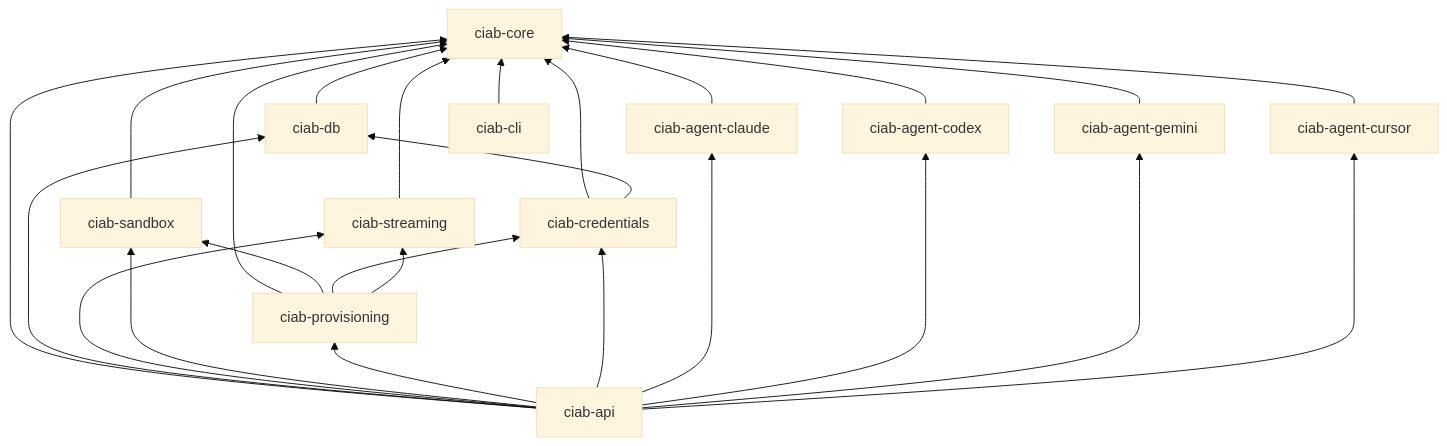
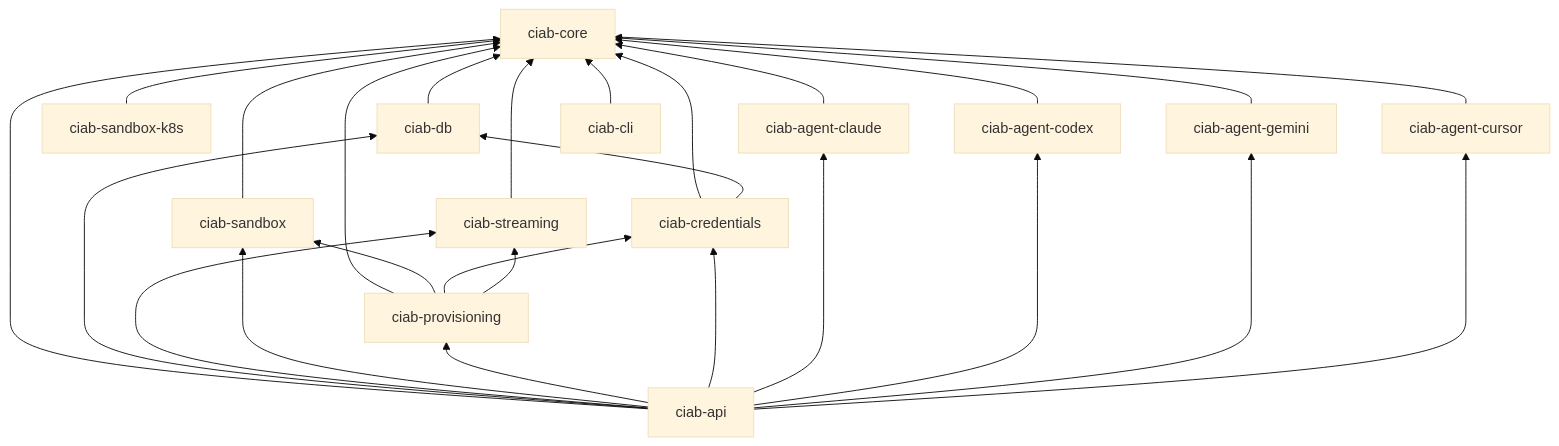
One commit to shakedaskayo/ciab changed the diagram in docs/docs/architecture/crate-map.md. Above: the diagram before and after it, drawn with Mermaid (base theme). The commit also changed other lines of this file and 82 other files, not shown here.

````diff
--- a/docs/docs/architecture/crate-map.md
+++ b/docs/docs/architecture/crate-map.md
@@ -24,28 +25,29 @@
 ```mermaid
 graph BT
     core[ciab-core]
     db[ciab-db] --> core
     streaming[ciab-streaming] --> core
     sandbox[ciab-sandbox] --> core
+    k8s[ciab-sandbox-k8s] --> core
     claude[ciab-agent-claude] --> core
     codex[ciab-agent-codex] --> core
     gemini[ciab-agent-gemini] --> core
     cursor[ciab-agent-cursor] --> core
     creds[ciab-credentials] --> core
     creds --> db
     prov[ciab-provisioning] --> core
     prov --> sandbox
     prov --> creds
     prov --> streaming
     api[ciab-api] --> core
     api --> db
     api --> streaming
     api --> sandbox
     api --> prov
     api --> creds
     api --> claude
     api --> codex
     api --> gemini
     api --> cursor
     cli[ciab-cli] --> core
 ```
````
